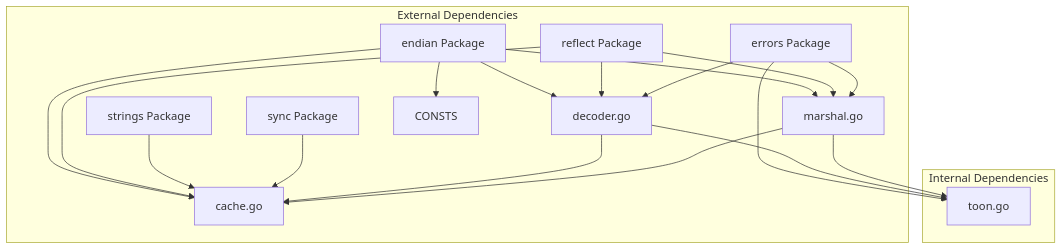
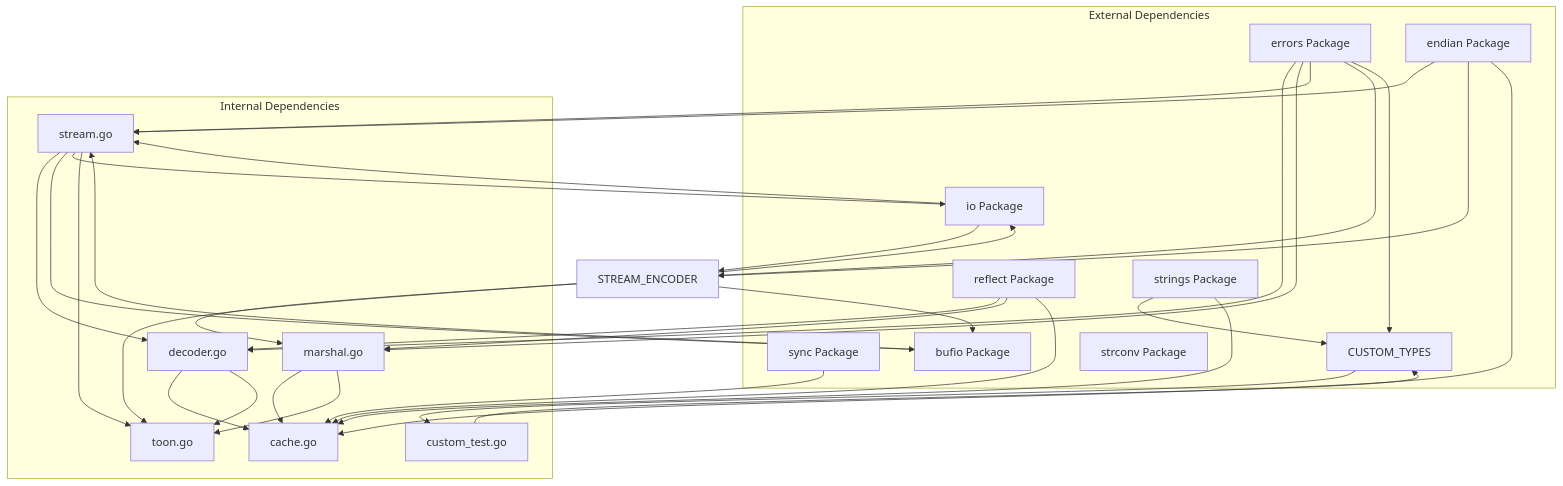
Diagram 17 of 17 in .qoder/repowiki/en/content/Decoder Engine.md (OTumanov/go-toon), drawn with Mermaid before and after one commit. The commit also changed other lines of this file and 11 other files, not shown here.

First line of the commit message:
feat: add Pre-flight Schema + Token Calculator to toongen

````diff
--- a/.qoder/repowiki/en/content/Decoder Engine.md
+++ b/.qoder/repowiki/en/content/Decoder Engine.md
@@ -461,32 +852,52 @@
 ```mermaid
 graph TB
 subgraph "External Dependencies"
 REFLECT[reflect Package]
 STRINGS[strings Package]
 SYNC[sync Package]
 ERRORS[errors Package]
+BUFIO[bufio Package]
+IO[io Package]
 ENDIAN[endian Package]
-ENDIAN --> DECODER
-ENDIAN --> ENCODER
-ENDIAN --> CACHE
-ENDIAN --> CONSTS
+STRINGS --> CUSTOM_TYPES
+strconv[strconv Package]
 end
 subgraph "Internal Dependencies"
 DECODER[decoder.go]
+STREAM_DECODER[stream.go]
 ENCODER[marshal.go]
 CACHE[cache.go]
 CONSTANTS[toon.go]
+CUSTOM_TESTS[custom_test.go]
 end
 REFLECT --> DECODER
 REFLECT --> ENCODER
 REFLECT --> CACHE
 STRINGS --> CACHE
 SYNC --> CACHE
 ERRORS --> DECODER
 ERRORS --> ENCODER
-ERRORS --> CONSTANTS
+ERRORS --> STREAM_DECODER
+ERRORS --> STREAM_ENCODER
+ERRORS --> CUSTOM_TYPES
+BUFIO --> STREAM_DECODER
+IO --> STREAM_DECODER
+IO --> STREAM_ENCODER
+ENDIAN --> STREAM_DECODER
+ENDIAN --> STREAM_ENCODER
+ENDIAN --> CACHE
 DECODER --> CACHE
 ENCODER --> CACHE
+STREAM_DECODER --> DECODER
+STREAM_DECODER --> BUFIO
+STREAM_DECODER --> IO
+STREAM_ENCODER --> ENCODER
+STREAM_ENCODER --> BUFIO
+STREAM_ENCODER --> IO
 DECODER --> CONSTANTS
 ENCODER --> CONSTANTS
+STREAM_DECODER --> CONSTANTS
+STREAM_ENCODER --> CONSTANTS
+CUSTOM_TYPES --> CUSTOM_TESTS
+CUSTOM_TESTS --> CUSTOM_TYPES
 ```
````
